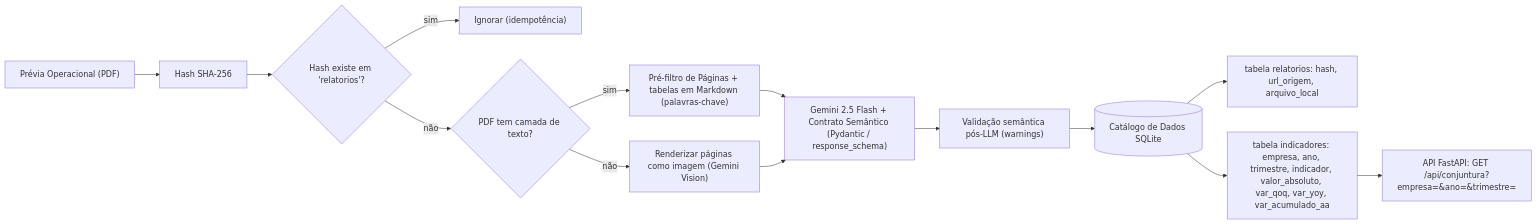
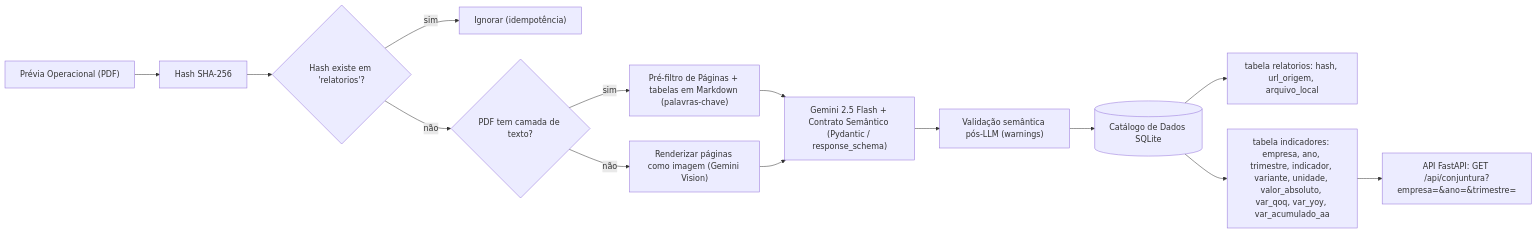
The diagram in raquel-costa/projeto-4/docs/diagrams/architecture.md (raqueleucaria/Projetos-Individuais-2026-1), drawn with Mermaid before and after one commit. The commit also changed 12 other files, not shown here.

First line of the commit message:
projeto-4: evolucoes pos-validacao - rotulo de empresa + variante/unidade (ADR-0007)

````diff
--- a/raquel-costa/projeto-4/docs/diagrams/architecture.md
+++ b/raquel-costa/projeto-4/docs/diagrams/architecture.md
@@ -3,16 +3,16 @@
 ```mermaid
 flowchart LR
     A["Prévia Operacional (PDF)"] --> B["Hash SHA-256"]
     B --> C{"Hash existe em 'relatorios'?"}
     C -- sim --> Z["Ignorar (idempotência)"]
     C -- não --> T{"PDF tem camada de texto?"}
     T -- sim --> D["Pré-filtro de Páginas + tabelas em Markdown (palavras-chave)"]
     T -- não --> V["Renderizar páginas como imagem (Gemini Vision)"]
     D --> E["Gemini 2.5 Flash + Contrato Semântico (Pydantic / response_schema)"]
     V --> E
     E --> VAL["Validação semântica pós-LLM (warnings)"]
     VAL --> F[("Catálogo de Dados SQLite")]
     F --> F1["tabela relatorios: hash, url_origem, arquivo_local"]
-    F --> F2["tabela indicadores: empresa, ano, trimestre, indicador, valor_absoluto, var_qoq, var_yoy, var_acumulado_aa"]
+    F --> F2["tabela indicadores: empresa, ano, trimestre, indicador, variante, unidade, valor_absoluto, var_qoq, var_yoy, var_acumulado_aa"]
     F2 --> G["API FastAPI: GET /api/conjuntura?empresa=&ano=&trimestre="]
 ```
````
